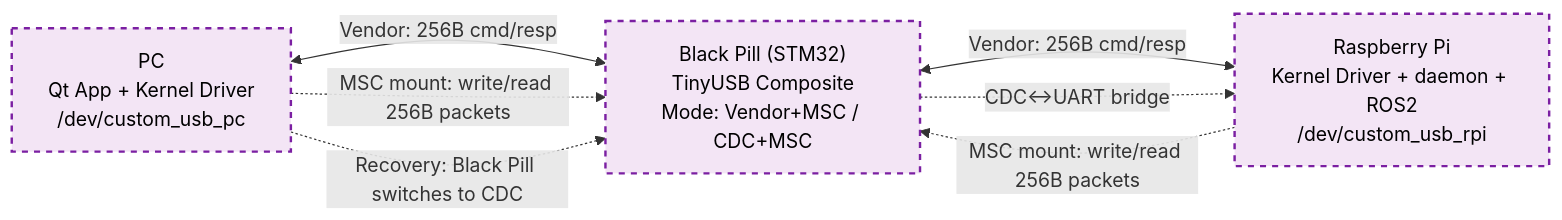
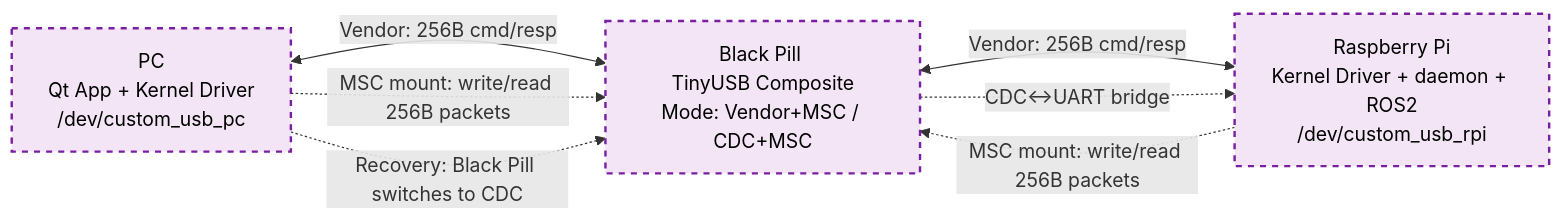
Before and after one commit to ChangHoiAn/example: the first of 4 diagrams in README.md, drawn with Mermaid.

````diff
--- a/README.md
+++ b/README.md
@@ -37,26 +37,26 @@
 ```mermaid
 %%{init: {"themeVariables": {"fontSize": "16px"}, "flowchart": {"useMaxWidth": true, "nodeSpacing": 45, "rankSpacing": 60, "diagramPadding": 8}}}%%
 flowchart LR
   classDef pc fill:#e3f2fd,stroke:#1565c0,stroke-width:2px,color:black;
   classDef mcu fill:#fff9c4,stroke:#fbc02d,stroke-width:2px,color:black;
   classDef rpi fill:#e8f5e9,stroke:#2e7d32,stroke-width:2px,color:black;
   classDef usb fill:#f3e5f5,stroke:#7b1fa2,stroke-width:2px,stroke-dasharray: 5 5,color:black;
 
   PC["PC<br/>Qt App + Kernel Driver<br/>/dev/custom_usb_pc"]
-  MCU["Black Pill (STM32)<br/>TinyUSB Composite<br/>Mode: Vendor+MSC / CDC+MSC"]
+  MCU["Black Pill <br/>TinyUSB Composite<br/>Mode: Vendor+MSC / CDC+MSC"]
   RPI["Raspberry Pi<br/>Kernel Driver + daemon + ROS2<br/>/dev/custom_usb_rpi"]
 
   PC  <--> |Vendor: 256B cmd/resp| MCU
   MCU <--> |Vendor: 256B cmd/resp| RPI
 
   PC  -.-> |MSC mount: write/read 256B packets| MCU
   RPI -.-> |MSC mount: write/read 256B packets| MCU
 
   PC  -.-> |Recovery: Black Pill switches to CDC| MCU
   MCU -.-> |CDC↔UART bridge| RPI
 
   class PC pc;
   class MCU mcu;
   class RPI rpi;
   class PC,MCU,RPI usb;
 ```
````
